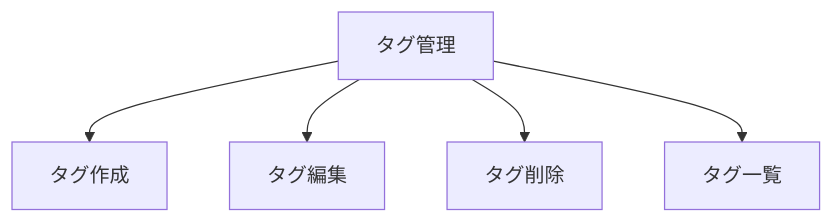
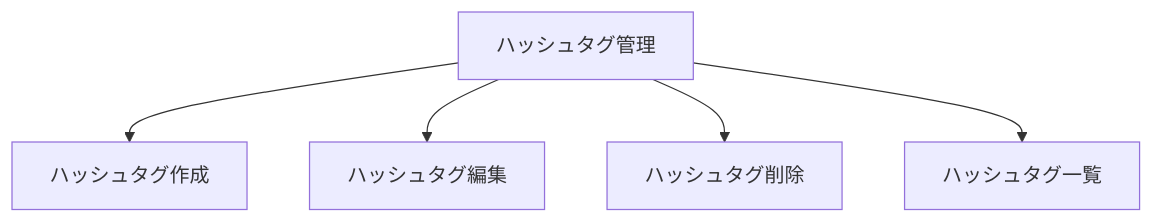
The diagram in Documentation/ユーザーストーリーマッピング/002_ハッシュタグを管理できる.md (charlie-dev-ios/natura-ios-app), drawn with Mermaid before and after one commit. The commit also changed other lines of this file and 5 other files, not shown here.

````diff
--- a/Documentation/ユーザーストーリーマッピング/002_ハッシュタグを管理できる.md
+++ b/Documentation/ユーザーストーリーマッピング/002_ハッシュタグを管理できる.md
@@ -38,7 +38,7 @@
 ```mermaid
 graph TD;
-    タグ管理-->タグ作成
-    タグ管理-->タグ編集
-    タグ管理-->タグ削除
-    タグ管理-->タグ一覧
+    ハッシュタグ管理-->ハッシュタグ作成
+    ハッシュタグ管理-->ハッシュタグ編集
+    ハッシュタグ管理-->ハッシュタグ削除
+    ハッシュタグ管理-->ハッシュタグ一覧
 ```
````
